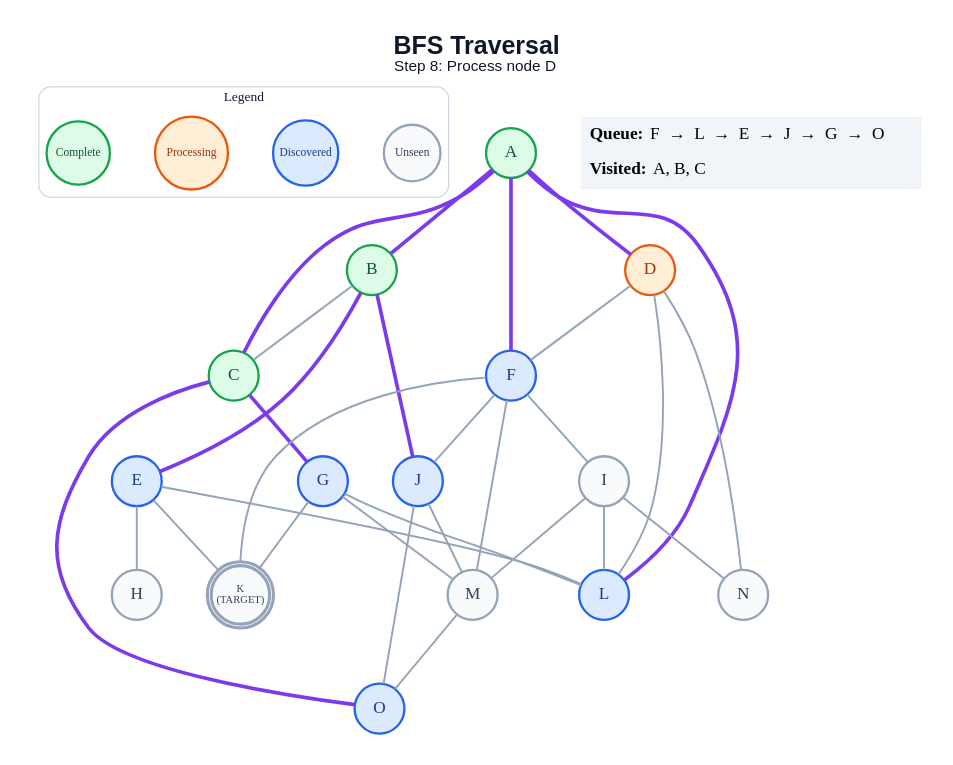
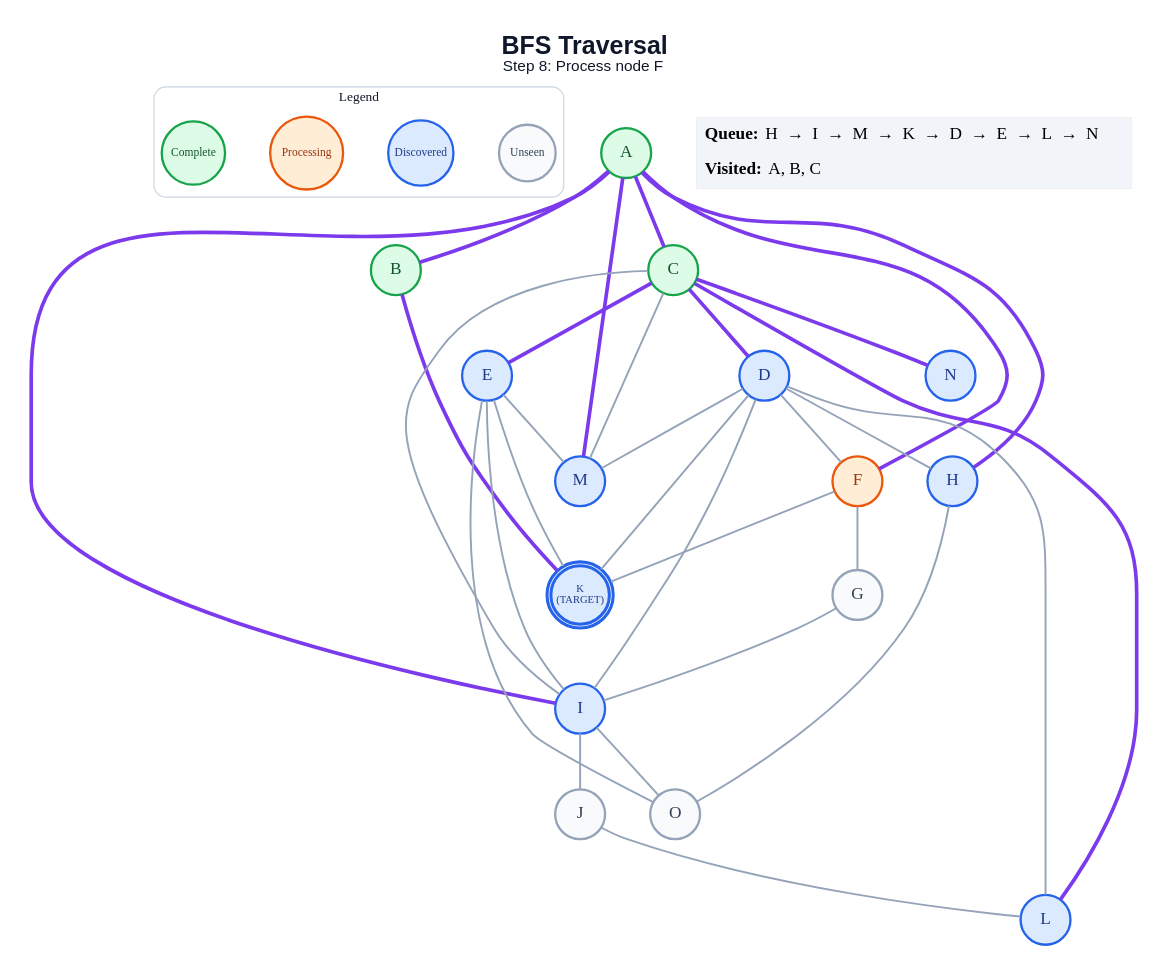
Before and after one commit to anon7238593-create/ai-slop: the diagram in generated/specific-node/bfs/step_08.dot, drawn with Graphviz. The commit also changed 217 other files, not shown here.

```diff
--- a/generated/specific-node/bfs/step_08.dot
+++ b/generated/specific-node/bfs/step_08.dot
@@ -1,63 +1,64 @@
 graph traversal {
   graph [layout=dot, rankdir=TB, bgcolor="#FFFFFF", pad="0.35", nodesep="0.65", ranksep="0.8", fontname="Arial"];
   node [shape=circle, style="filled", fontname="Arial Bold", fontsize=18, width=0.72, fixedsize=true, penwidth=2.4];
   edge [color="#94A3B8", penwidth=2.0];
-  label=<<B>BFS Traversal</B><BR/><FONT POINT-SIZE="16">Step 8: Process node D</FONT>>; labelloc="t"; fontsize=26; fontname="Arial"; fontcolor="#0F172A";
+  label=<<B>BFS Traversal</B><BR/><FONT POINT-SIZE="16">Step 8: Process node F</FONT>>; labelloc="t"; fontsize=26; fontname="Arial"; fontcolor="#0F172A";
   subgraph cluster_legend { label="Legend"; color="#CBD5E1"; penwidth=1.2; style="rounded"; fontsize=14; fontname="Arial Bold";
     key_unseen [label="Unseen", fillcolor="#F8FAFC", color="#94A3B8", fontcolor="#334155", fontsize=12, width=0.82];
     key_frontier [label="Discovered", fillcolor="#DBEAFE", color="#2563EB", fontcolor="#1E3A8A", fontsize=12, width=0.95];
     key_current [label="Processing", fillcolor="#FFEDD5", color="#EA580C", fontcolor="#9A3412", fontsize=12, width=1.05];
     key_done [label="Complete", fillcolor="#DCFCE7", color="#16A34A", fontcolor="#14532D", fontsize=12, width=0.92];
     { rank=same; key_unseen; key_frontier; key_current; key_done; }
   }
   A [label="A", fillcolor="#DCFCE7", color="#16A34A", fontcolor="#14532D", peripheries=1, penwidth=2.4];
   B [label="B", fillcolor="#DCFCE7", color="#16A34A", fontcolor="#14532D", peripheries=1, penwidth=2.4];
   C [label="C", fillcolor="#DCFCE7", color="#16A34A", fontcolor="#14532D", peripheries=1, penwidth=2.4];
-  D [label="D", fillcolor="#FFEDD5", color="#EA580C", fontcolor="#9A3412", peripheries=1, penwidth=2.4];
+  D [label="D", fillcolor="#DBEAFE", color="#2563EB", fontcolor="#1E3A8A", peripheries=1, penwidth=2.4];
   E [label="E", fillcolor="#DBEAFE", color="#2563EB", fontcolor="#1E3A8A", peripheries=1, penwidth=2.4];
-  F [label="F", fillcolor="#DBEAFE", color="#2563EB", fontcolor="#1E3A8A", peripheries=1, penwidth=2.4];
-  G [label="G", fillcolor="#DBEAFE", color="#2563EB", fontcolor="#1E3A8A", peripheries=1, penwidth=2.4];
-  H [label="H", fillcolor="#F8FAFC", color="#94A3B8", fontcolor="#334155", peripheries=1, penwidth=2.4];
-  I [label="I", fillcolor="#F8FAFC", color="#94A3B8", fontcolor="#334155", peripheries=1, penwidth=2.4];
-  J [label="J", fillcolor="#DBEAFE", color="#2563EB", fontcolor="#1E3A8A", peripheries=1, penwidth=2.4];
-  K [label="K\n(TARGET)", fillcolor="#F8FAFC", color="#94A3B8", fontcolor="#334155", peripheries=2, penwidth=3.2, fontsize=11, width=0.85, height=0.85];
+  F [label="F", fillcolor="#FFEDD5", color="#EA580C", fontcolor="#9A3412", peripheries=1, penwidth=2.4];
+  G [label="G", fillcolor="#F8FAFC", color="#94A3B8", fontcolor="#334155", peripheries=1, penwidth=2.4];
+  H [label="H", fillcolor="#DBEAFE", color="#2563EB", fontcolor="#1E3A8A", peripheries=1, penwidth=2.4];
+  I [label="I", fillcolor="#DBEAFE", color="#2563EB", fontcolor="#1E3A8A", peripheries=1, penwidth=2.4];
+  J [label="J", fillcolor="#F8FAFC", color="#94A3B8", fontcolor="#334155", peripheries=1, penwidth=2.4];
+  K [label="K\n(TARGET)", fillcolor="#DBEAFE", color="#2563EB", fontcolor="#1E3A8A", peripheries=2, penwidth=3.2, fontsize=11, width=0.85, height=0.85];
   L [label="L", fillcolor="#DBEAFE", color="#2563EB", fontcolor="#1E3A8A", peripheries=1, penwidth=2.4];
-  M [label="M", fillcolor="#F8FAFC", color="#94A3B8", fontcolor="#334155", peripheries=1, penwidth=2.4];
-  N [label="N", fillcolor="#F8FAFC", color="#94A3B8", fontcolor="#334155", peripheries=1, penwidth=2.4];
-  O [label="O", fillcolor="#DBEAFE", color="#2563EB", fontcolor="#1E3A8A", peripheries=1, penwidth=2.4];
+  M [label="M", fillcolor="#DBEAFE", color="#2563EB", fontcolor="#1E3A8A", peripheries=1, penwidth=2.4];
+  N [label="N", fillcolor="#DBEAFE", color="#2563EB", fontcolor="#1E3A8A", peripheries=1, penwidth=2.4];
+  O [label="O", fillcolor="#F8FAFC", color="#94A3B8", fontcolor="#334155", peripheries=1, penwidth=2.4];
   A -- B [color="#7C3AED", penwidth=3.8];
   A -- C [color="#7C3AED", penwidth=3.8];
-  A -- D [color="#7C3AED", penwidth=3.8];
   A -- F [color="#7C3AED", penwidth=3.8];
-  A -- L [color="#7C3AED", penwidth=3.8];
-  B -- C;
-  B -- E [color="#7C3AED", penwidth=3.8];
-  B -- J [color="#7C3AED", penwidth=3.8];
-  C -- G [color="#7C3AED", penwidth=3.8];
-  C -- O [color="#7C3AED", penwidth=3.8];
+  A -- H [color="#7C3AED", penwidth=3.8];
+  A -- I [color="#7C3AED", penwidth=3.8];
+  A -- M [color="#7C3AED", penwidth=3.8];
+  B -- K [color="#7C3AED", penwidth=3.8];
+  C -- D [color="#7C3AED", penwidth=3.8];
+  C -- E [color="#7C3AED", penwidth=3.8];
+  C -- I;
+  C -- L [color="#7C3AED", penwidth=3.8];
+  C -- M;
+  C -- N [color="#7C3AED", penwidth=3.8];
   D -- F;
+  D -- H;
+  D -- I;
+  D -- K;
   D -- L;
-  D -- N;
-  E -- H;
+  D -- M;
+  E -- I;
   E -- K;
-  E -- L;
-  F -- I;
-  F -- J;
+  E -- M;
+  E -- O;
+  F -- G;
   F -- K;
-  F -- M;
-  G -- K;
-  G -- L;
-  G -- M;
-  I -- L;
-  I -- M;
-  I -- N;
-  J -- M;
-  J -- O;
-  M -- O;
+  G -- I;
+  H -- O;
+  I -- J;
+  I -- O;
+  J -- L;
   status [shape=plain, fixedsize=false, width=0, height=0, margin=0, label=<
     <TABLE BORDER="0" CELLBORDER="0" CELLPADDING="7" BGCOLOR="#F1F5F9">
-      <TR><TD ALIGN="LEFT"><B>Queue:</B> F  →  L  →  E  →  J  →  G  →  O</TD></TR>
+      <TR><TD ALIGN="LEFT"><B>Queue:</B> H  →  I  →  M  →  K  →  D  →  E  →  L  →  N</TD></TR>
       <TR><TD ALIGN="LEFT"><B>Visited:</B> A, B, C</TD></TR>
     </TABLE>
   >];
 }
```
